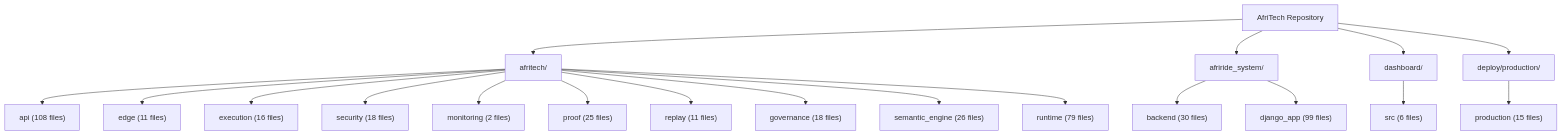
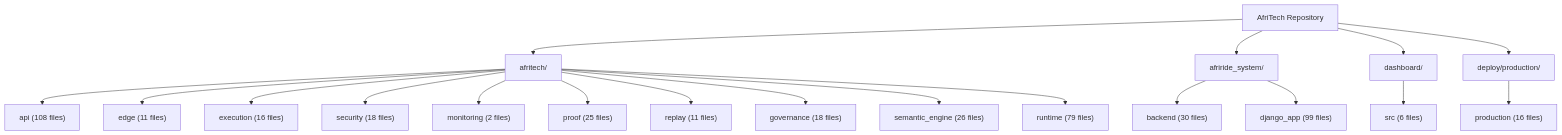
The second of 2 diagrams in docs/architecture/AFRITECH_FULL_ARCHITECTURE_GRAPH.md (Strelly2023/afritelematics), drawn with Mermaid before and after one commit. The commit also changed other lines of this file and 10 other files, not shown here.

Commit message:
Deploy: add production infrastructure and secure runtime bootstrap

````diff
--- a/docs/architecture/AFRITECH_FULL_ARCHITECTURE_GRAPH.md
+++ b/docs/architecture/AFRITECH_FULL_ARCHITECTURE_GRAPH.md
@@ -64,23 +64,23 @@
 ```mermaid
 flowchart TD
     Root["AfriTech Repository"] --> Core["afritech/"]
     Root --> Ride["afriride_system/"]
     Root --> Ui["dashboard/"]
     Root --> Deploy["deploy/production/"]
 
     Core --> Api["api (108 files)"]
     Core --> Edge["edge (11 files)"]
     Core --> Execution["execution (16 files)"]
     Core --> Security["security (18 files)"]
     Core --> Monitoring["monitoring (2 files)"]
     Core --> Proof["proof (25 files)"]
     Core --> Replay["replay (11 files)"]
     Core --> Governance["governance (18 files)"]
     Core --> Semantic["semantic_engine (26 files)"]
     Core --> Runtime["runtime (79 files)"]
 
     Ride --> Backend["backend (30 files)"]
     Ride --> Django["django_app (99 files)"]
     Ui --> Dashboard["src (6 files)"]
-    Deploy --> Production["production (15 files)"]
+    Deploy --> Production["production (16 files)"]
 ```
````
